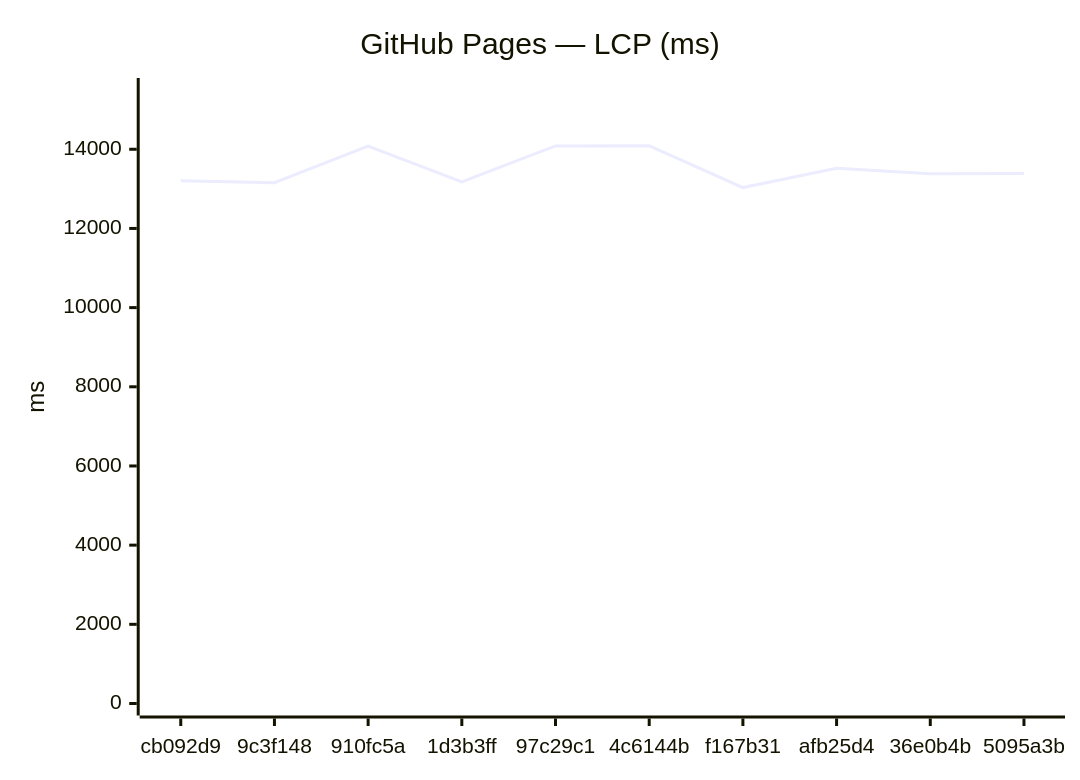
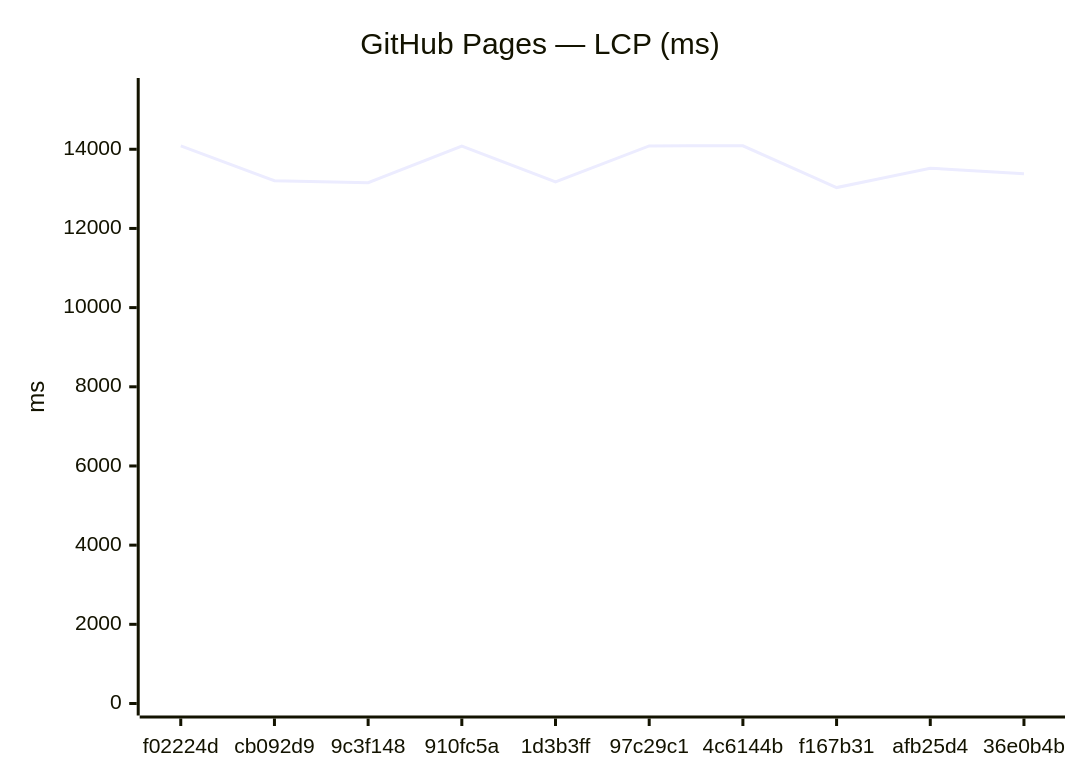
The third of 18 diagrams in benchmarks/compare.md (Metaheurist/Rianell), drawn with Mermaid before and after one commit. The commit also changed other lines of this file and 11 other files, not shown here.

````diff
--- a/benchmarks/compare.md
+++ b/benchmarks/compare.md
@@ -54,7 +54,7 @@
 ```mermaid
 xychart-beta
     title "GitHub Pages — LCP (ms)"
-    x-axis ["cb092d9", "9c3f148", "910fc5a", "1d3b3ff", "97c29c1", "4c6144b", "f167b31", "afb25d4", "36e0b4b", "5095a3b"]
+    x-axis ["f02224d", "cb092d9", "9c3f148", "910fc5a", "1d3b3ff", "97c29c1", "4c6144b", "f167b31", "afb25d4", "36e0b4b"]
     y-axis "ms" 0 --> 15497
-    line [13204, 13156, 14081, 13177, 14085, 14088, 13032, 13521, 13383, 13388]
+    line [14084, 13204, 13156, 14081, 13177, 14085, 14088, 13032, 13521, 13383]
 ```
````
